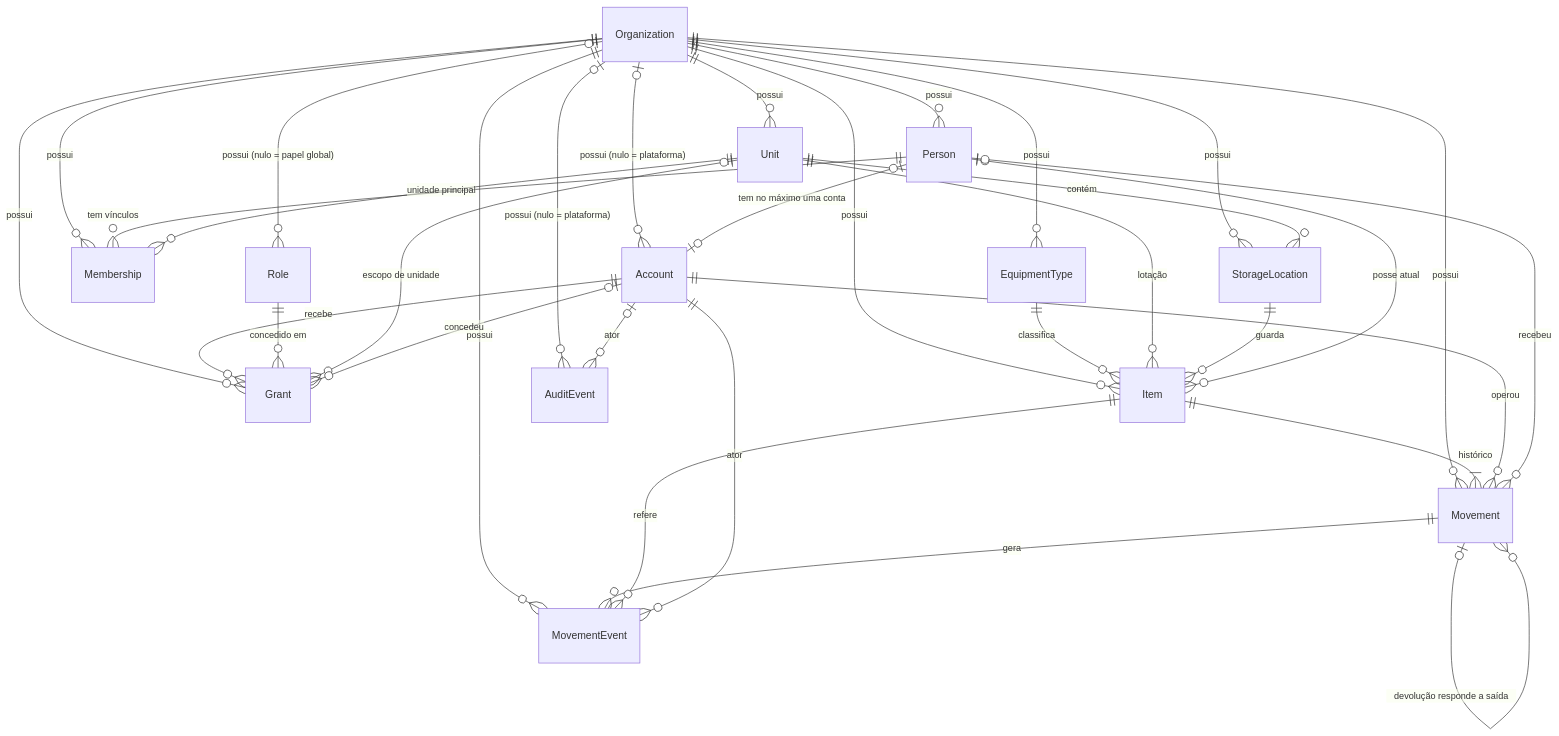
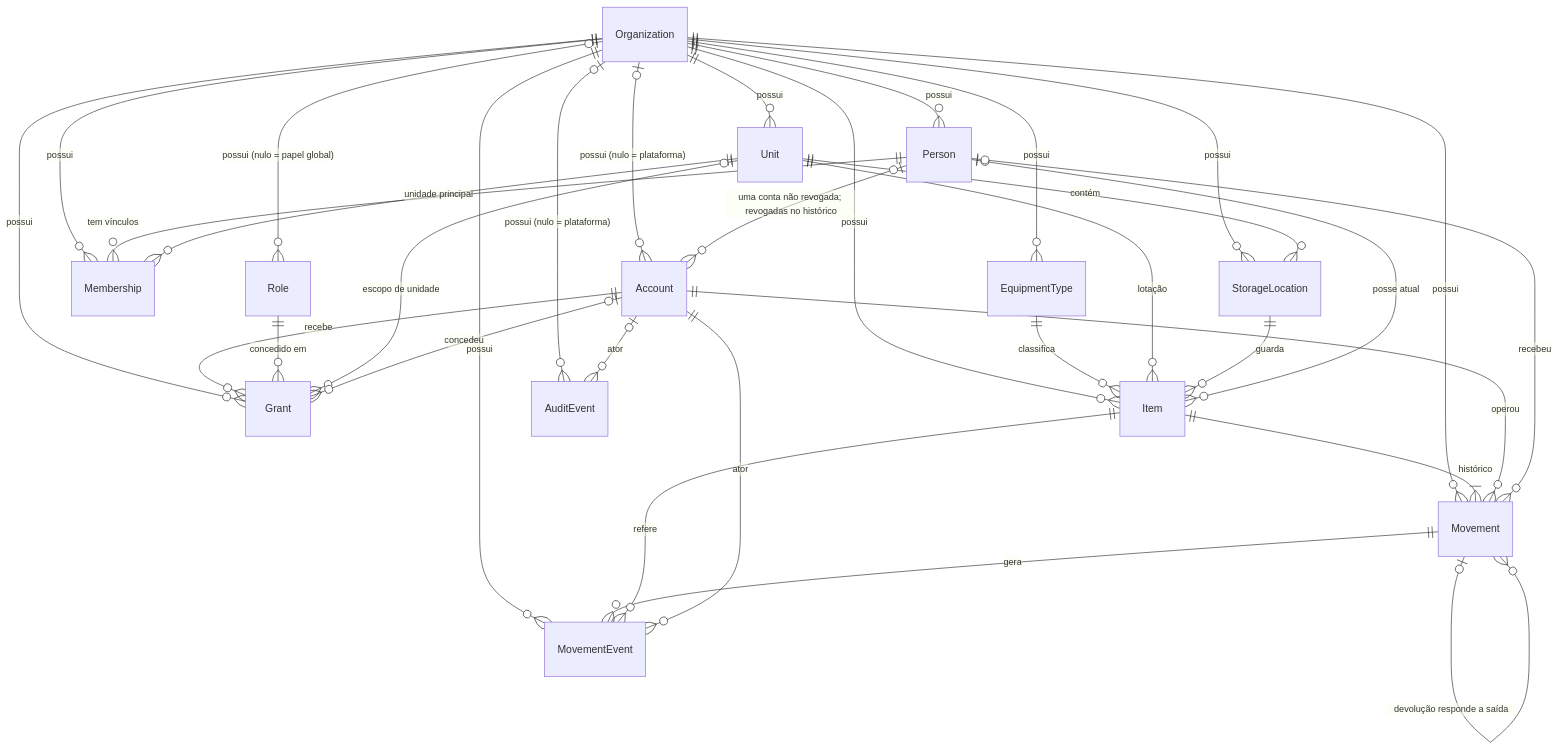
One commit to pabloncf/sigab changed the diagram in docs/modelo-de-dominio.md. Above: the diagram before and after it, drawn with Mermaid. The commit also changed other lines of this file and 38 other files, not shown here.

````diff
--- a/docs/modelo-de-dominio.md
+++ b/docs/modelo-de-dominio.md
@@ -12,38 +12,38 @@
 ```mermaid
 erDiagram
     Organization ||--o{ Unit : "possui"
     Organization ||--o{ StorageLocation : "possui"
     Organization ||--o{ Person : "possui"
     Organization ||--o{ Membership : "possui"
     Organization |o--o{ Account : "possui (nulo = plataforma)"
     Organization |o--o{ Role : "possui (nulo = papel global)"
     Organization ||--o{ Grant : "possui"
     Organization ||--o{ EquipmentType : "possui"
     Organization ||--o{ Item : "possui"
     Organization ||--o{ Movement : "possui"
     Organization ||--o{ MovementEvent : "possui"
     Organization |o--o{ AuditEvent : "possui (nulo = plataforma)"
 
     Unit ||--o{ StorageLocation : "contém"
     Person ||--o{ Membership : "tem vínculos"
     Unit ||--o{ Membership : "unidade principal"
-    Person |o--o| Account : "tem no máximo uma conta"
+    Person |o--o{ Account : "uma conta não revogada; revogadas no histórico"
     Account ||--o{ Grant : "recebe"
     Role ||--o{ Grant : "concedido em"
     Unit |o--o{ Grant : "escopo de unidade"
     Account |o--o{ Grant : "concedeu"
 
     EquipmentType ||--o{ Item : "classifica"
     Unit ||--o{ Item : "lotação"
     StorageLocation ||--o{ Item : "guarda"
     Person |o--o{ Item : "posse atual"
 
     Item ||--|{ Movement : "histórico"
     Account ||--o{ Movement : "operou"
     Person |o--o{ Movement : "recebeu"
     Movement |o--o{ Movement : "devolução responde a saída"
     Movement ||--o{ MovementEvent : "gera"
     Item ||--o{ MovementEvent : "refere"
     Account ||--o{ MovementEvent : "ator"
     Account |o--o{ AuditEvent : "ator"
 ```
````
